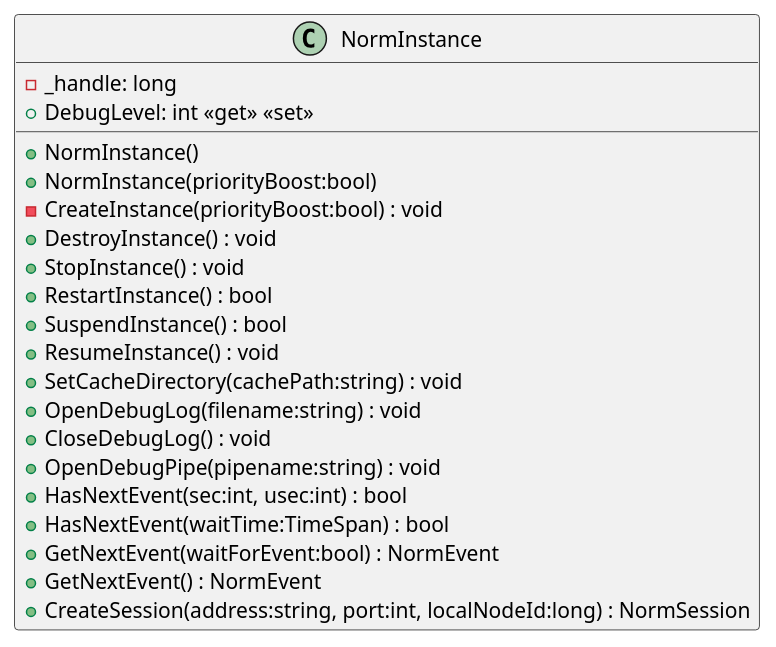
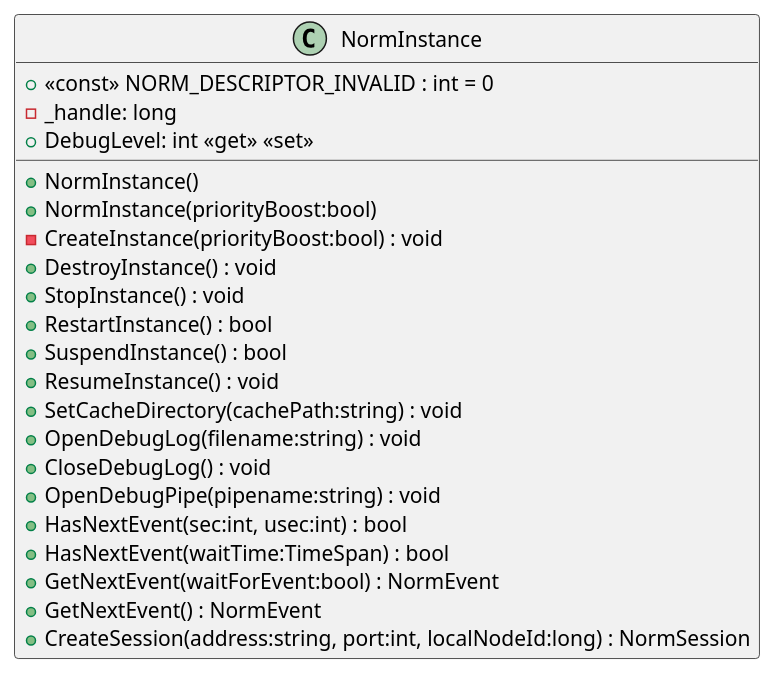
One commit to mullerj/norm changed the diagram in src/dotnet/design/Mil/Navy/Nrl/Norm/NormInstance.puml. Above: the diagram before and after it, drawn with PlantUML. The commit also changed 4 other files, not shown here.

```diff
--- a/src/dotnet/design/Mil/Navy/Nrl/Norm/NormInstance.puml
+++ b/src/dotnet/design/Mil/Navy/Nrl/Norm/NormInstance.puml
@@ -1,23 +1,24 @@
 @startuml
 class NormInstance {
+    + <<const>> NORM_DESCRIPTOR_INVALID : int = 0
     - _handle: long
     + NormInstance()
     + NormInstance(priorityBoost:bool)
     - CreateInstance(priorityBoost:bool) : void
     + DestroyInstance() : void
     + StopInstance() : void
     + RestartInstance() : bool
     + SuspendInstance() : bool
     + ResumeInstance() : void
     + SetCacheDirectory(cachePath:string) : void
     + OpenDebugLog(filename:string) : void
     + CloseDebugLog() : void
     + OpenDebugPipe(pipename:string) : void
     + DebugLevel: int <<get>> <<set>>
     + HasNextEvent(sec:int, usec:int) : bool
     + HasNextEvent(waitTime:TimeSpan) : bool
     + GetNextEvent(waitForEvent:bool) : NormEvent
     + GetNextEvent() : NormEvent
     + CreateSession(address:string, port:int, localNodeId:long) : NormSession
 }
 @enduml
```
